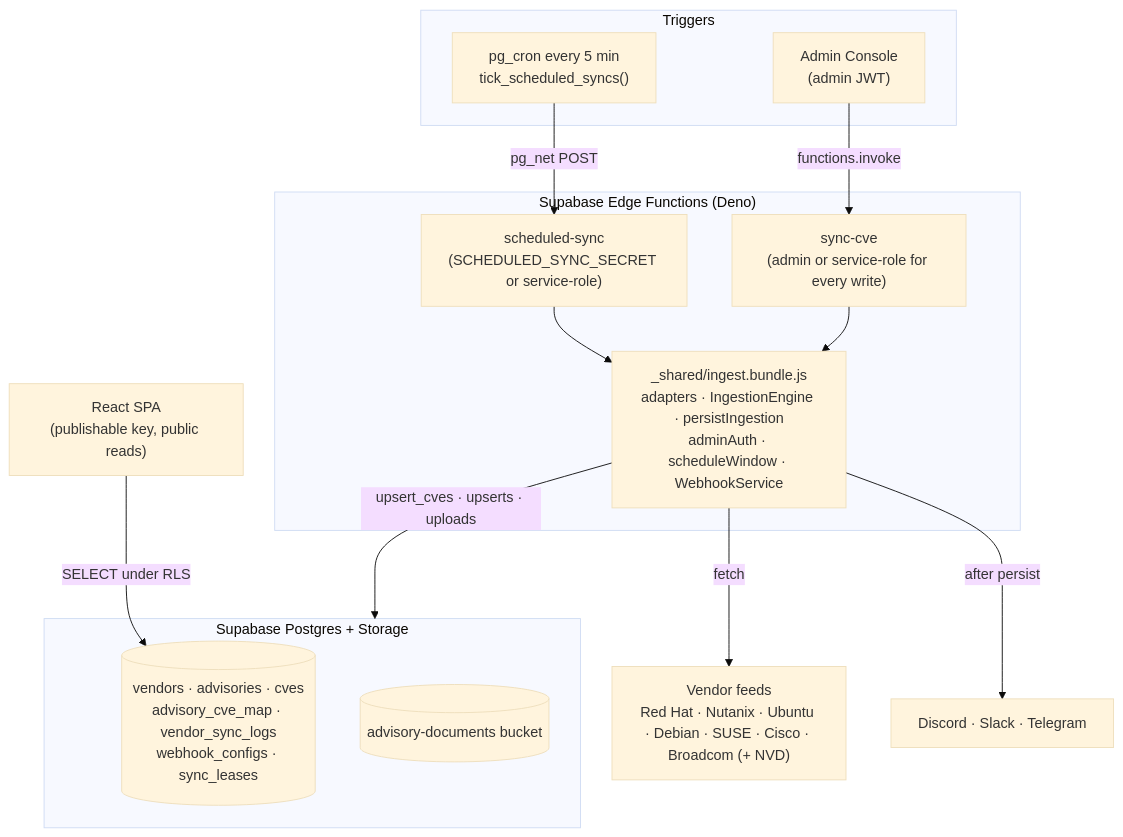
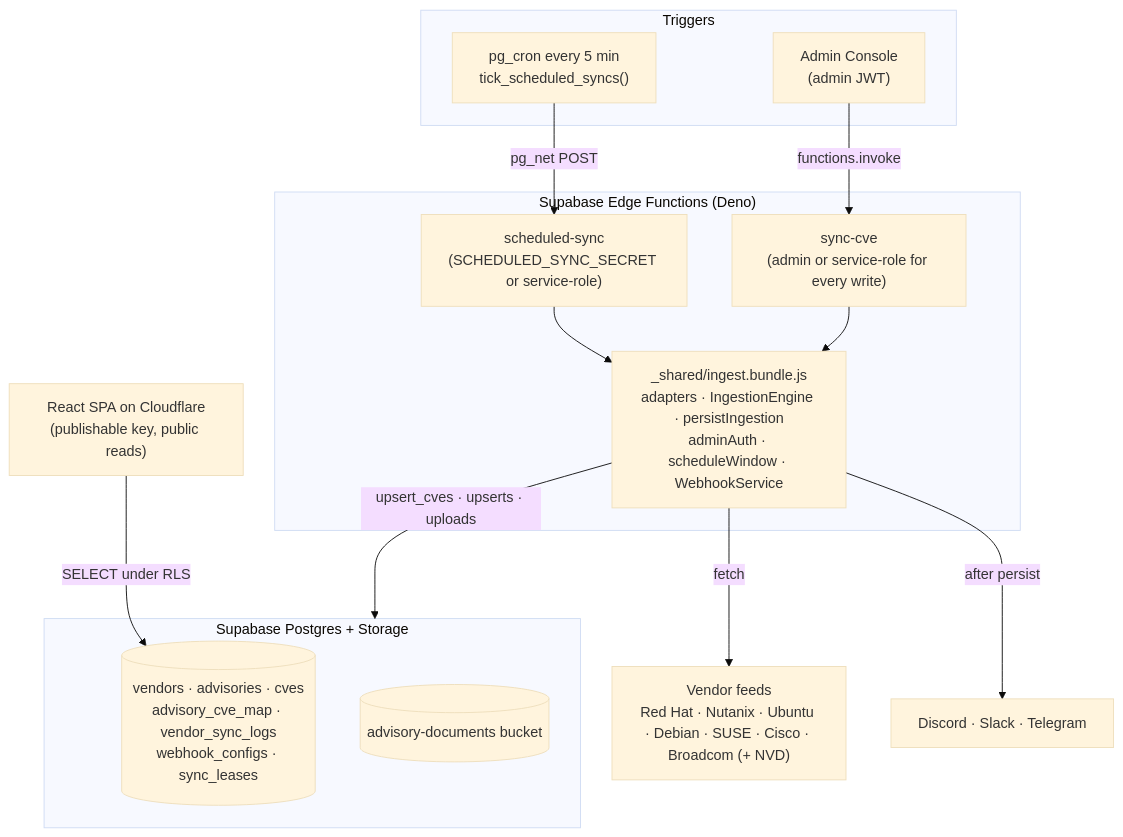
Before and after one commit to CTJ425/vuln-beacon: the diagram in docs/agent/PLAN.md, drawn with Mermaid (base theme). The commit also changed other lines of this file and 8 other files, not shown here.

````diff
--- a/docs/agent/PLAN.md
+++ b/docs/agent/PLAN.md
@@ -9,31 +9,31 @@
 ```mermaid
 flowchart TD
     subgraph Triggers
         Cron["pg_cron every 5 min<br/>tick_scheduled_syncs()"]
         Admin["Admin Console<br/>(admin JWT)"]
     end
 
     subgraph Edge["Supabase Edge Functions (Deno)"]
         Sched["scheduled-sync<br/>(SCHEDULED_SYNC_SECRET or service-role)"]
         SyncCve["sync-cve<br/>(admin or service-role for every write)"]
         Bundle["_shared/ingest.bundle.js<br/>adapters · IngestionEngine · persistIngestion<br/>adminAuth · scheduleWindow · WebhookService"]
     end
 
     subgraph DB["Supabase Postgres + Storage"]
         Tables[("vendors · advisories · cves<br/>advisory_cve_map · vendor_sync_logs<br/>webhook_configs · sync_leases")]
         Bucket[("advisory-documents bucket")]
     end
 
-    Browser["React SPA<br/>(publishable key, public reads)"]
+    Browser["React SPA on Cloudflare<br/>(publishable key, public reads)"]
     Feeds["Vendor feeds<br/>Red Hat · Nutanix · Ubuntu · Debian · SUSE · Cisco · Broadcom (+ NVD)"]
     Hooks["Discord · Slack · Telegram"]
 
     Cron -->|pg_net POST| Sched
     Admin -->|functions.invoke| SyncCve
     Sched --> Bundle
     SyncCve --> Bundle
     Bundle -->|fetch| Feeds
     Bundle -->|upsert_cves · upserts · uploads| DB
     Bundle -->|after persist| Hooks
     Browser -->|SELECT under RLS| Tables
 ```
````
